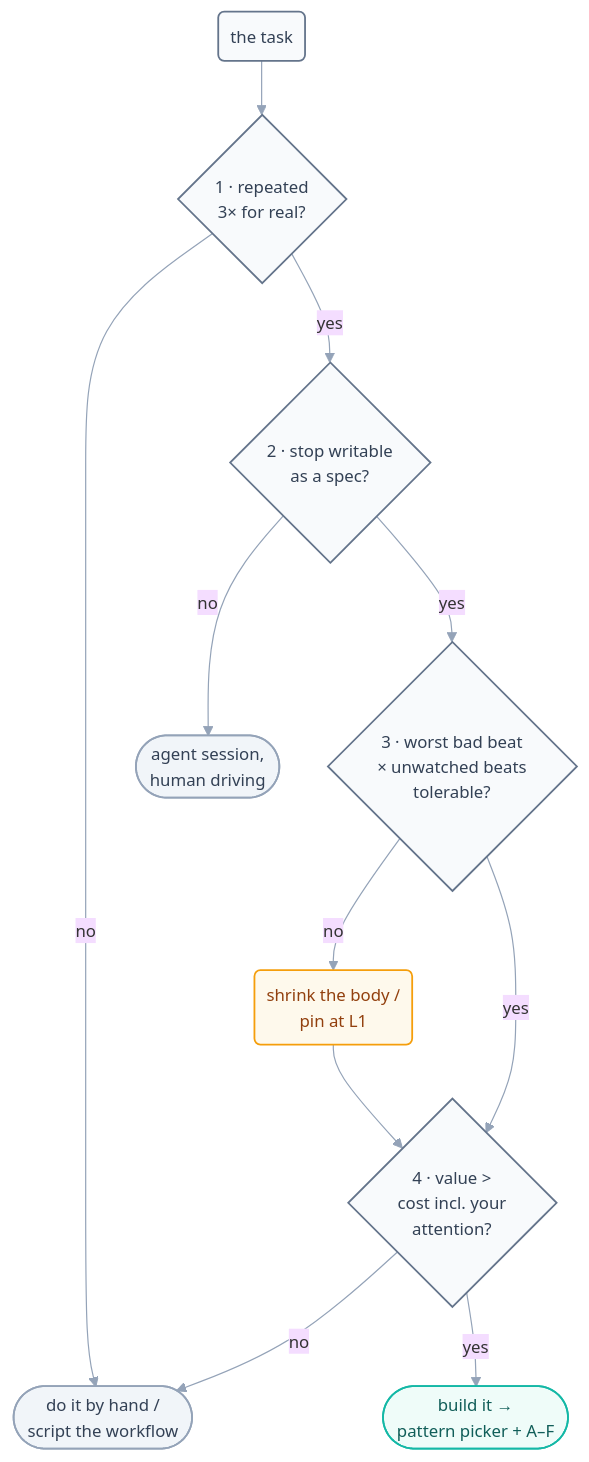
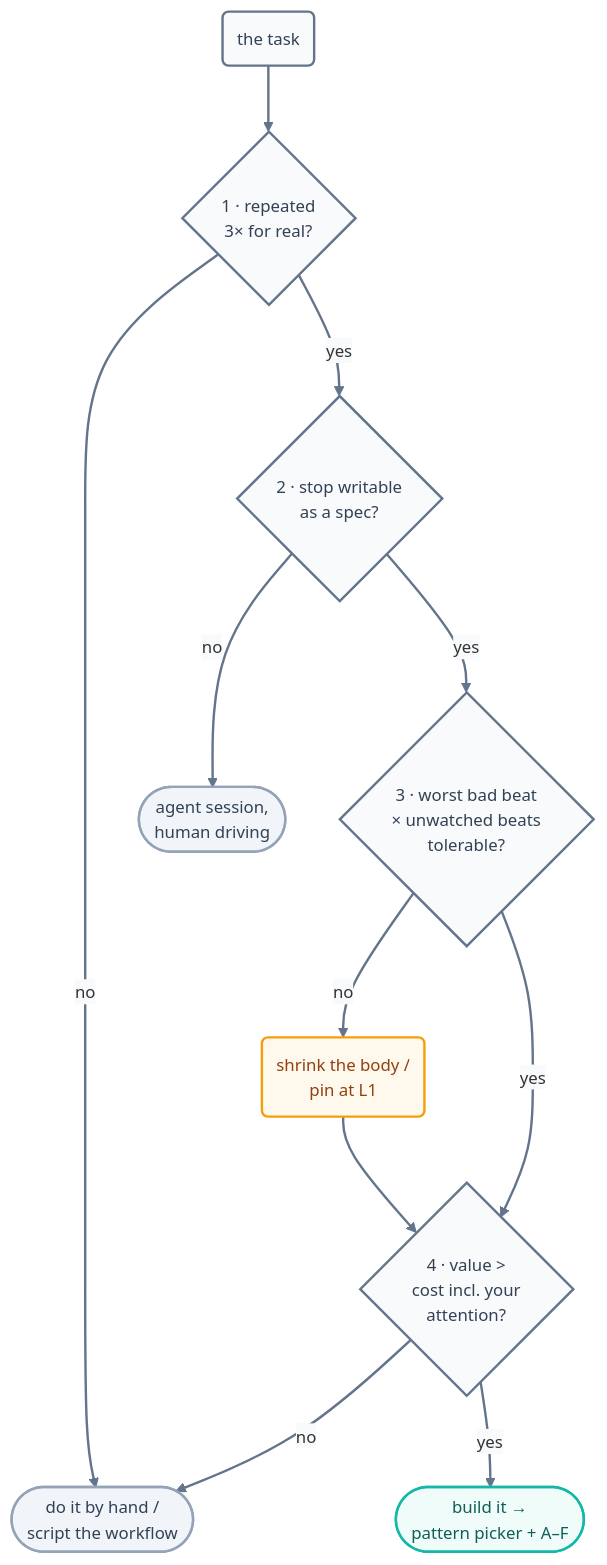
The diagram in docs/09-methods/decision-framework.md (ayeshakhalid192007-dev/LoopEngineering-CrashCourse), drawn with Mermaid before and after one commit. The commit also changed 66 other files, not shown here.

First line of the commit message:
docs(diagrams): bolden and unify all 70 mermaid diagrams

````diff
--- a/docs/09-methods/decision-framework.md
+++ b/docs/09-methods/decision-framework.md
@@ -38,17 +38,18 @@
 ```mermaid
-%%{init: {'theme':'base','themeVariables':{'fontFamily':'ui-sans-serif, system-ui, sans-serif','fontSize':'14px','lineColor':'#94a3b8'},'flowchart':{'curve':'basis','nodeSpacing':40,'rankSpacing':45,'padding':10}}}%%
+%%{init: {'theme':'base','themeVariables':{'fontFamily':'ui-sans-serif, system-ui, sans-serif','fontSize':'14px','lineColor':'#64748b','edgeLabelBackground':'#f8fafc'},'flowchart':{'curve':'basis','nodeSpacing':45,'rankSpacing':55,'padding':12}}}%%
 flowchart TD
     T("the task"):::q --> R{"1 · repeated<br/>3× for real?"}:::q
     R -->|no| HAND(["do it by hand /<br/>script the workflow"]):::stop
     R -->|yes| S{"2 · stop writable<br/>as a spec?"}:::q
     S -->|no| SESS(["agent session,<br/>human driving"]):::stop
     S -->|yes| TOL{"3 · worst bad beat<br/>× unwatched beats<br/>tolerable?"}:::q
     TOL -->|no| SHRINK("shrink the body /<br/>pin at L1"):::warn --> ECON
     TOL -->|yes| ECON{"4 · value ><br/>cost incl. your<br/>attention?"}:::q
     ECON -->|no| HAND
     ECON -->|yes| GO(["build it →<br/>pattern picker + A–F"]):::win
-    classDef q fill:#f8fafc,stroke:#64748b,stroke-width:1.5px,color:#334155;
-    classDef stop fill:#f1f5f9,stroke:#94a3b8,stroke-width:1.5px,color:#334155;
-    classDef warn fill:#fef9ec,stroke:#f59e0b,stroke-width:1.5px,color:#92400e;
-    classDef win fill:#effcf9,stroke:#14b8a6,stroke-width:1.5px,color:#115e59;
+    linkStyle default stroke:#64748b,stroke-width:2px;
+    classDef q fill:#f8fafc,stroke:#64748b,stroke-width:2px,color:#334155;
+    classDef stop fill:#f1f5f9,stroke:#94a3b8,stroke-width:2px,color:#334155;
+    classDef warn fill:#fef9ec,stroke:#f59e0b,stroke-width:2px,color:#92400e;
+    classDef win fill:#effcf9,stroke:#14b8a6,stroke-width:2px,color:#115e59;
 ```
````
